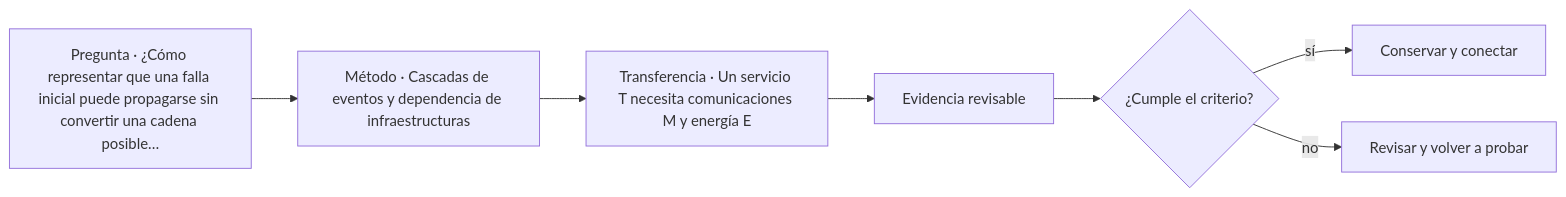
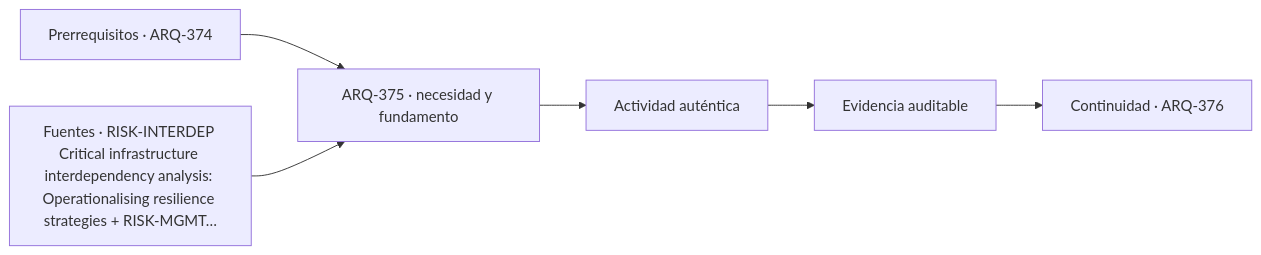
The diagram in classes/parte-38/ARQ-375.md (vladimiracunadev-create/architecture-built-environment-learning-program), drawn with Mermaid before and after one commit. The commit also changed other lines of this file and 761 other files, not shown here.

````diff
--- a/classes/parte-38/ARQ-375.md
+++ b/classes/parte-38/ARQ-375.md
@@ -101,9 +113,8 @@
 ```mermaid
 flowchart LR
-    Q["Pregunta · ¿Cómo representar que una falla inicial puede propagarse sin convertir una cadena posible…"] --> M["Método · Cascadas de eventos y dependencia de infraestructuras"]
-    M --> P["Transferencia · Un servicio T necesita comunicaciones M y energía E"]
-    P --> E["Evidencia revisable"]
-    E --> C{"¿Cumple el criterio?"}
-    C -->|sí| T["Conservar y conectar"]
-    C -->|no| R["Revisar y volver a probar"]
+    A["Prerrequisitos · ARQ-374"] --> B["ARQ-375 · necesidad y fundamento"]
+    S["Fuentes · RISK-INTERDEP Critical infrastructure interdependency analysis: Operationalising resilience strategies + RISK-MGMT…"] --> B
+    B --> C["Actividad auténtica"]
+    C --> D["Evidencia auditable"]
+    D --> E["Continuidad · ARQ-376"]
 ```
````
